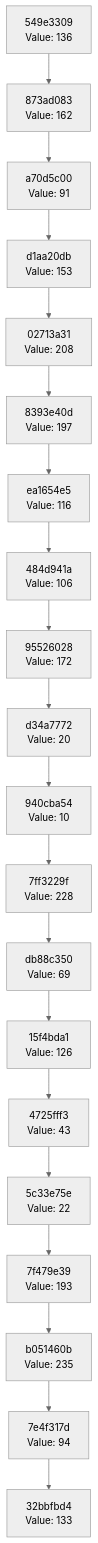
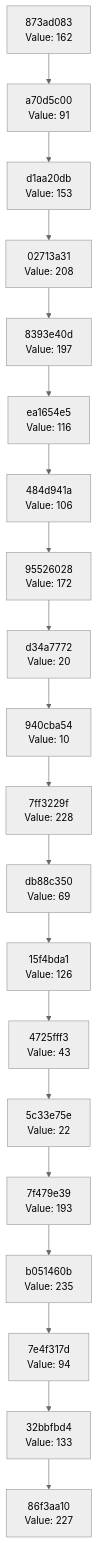
The diagram in docs/CHAIN_VISUALIZATION.md (Abhisheksinha1506/hash-chain-evolver), drawn with Mermaid (neutral theme) before and after one commit. The commit also changed 2 other files, not shown here.

Commit message:
Evolution step: hash 0xE3 → action executed

````diff
--- a/docs/CHAIN_VISUALIZATION.md
+++ b/docs/CHAIN_VISUALIZATION.md
@@ -3,42 +3,42 @@
 ```mermaid
 graph TD
-    C0["32bbfbd4<br/>Value: 133"]
-    C1["7e4f317d<br/>Value: 94"]
+    C0["86f3aa10<br/>Value: 227"]
+    C1["32bbfbd4<br/>Value: 133"]
     C1 --> C0
-    C2["b051460b<br/>Value: 235"]
+    C2["7e4f317d<br/>Value: 94"]
     C2 --> C1
-    C3["7f479e39<br/>Value: 193"]
+    C3["b051460b<br/>Value: 235"]
     C3 --> C2
-    C4["5c33e75e<br/>Value: 22"]
+    C4["7f479e39<br/>Value: 193"]
     C4 --> C3
-    C5["4725fff3<br/>Value: 43"]
+    C5["5c33e75e<br/>Value: 22"]
     C5 --> C4
-    C6["15f4bda1<br/>Value: 126"]
+    C6["4725fff3<br/>Value: 43"]
     C6 --> C5
-    C7["db88c350<br/>Value: 69"]
+    C7["15f4bda1<br/>Value: 126"]
     C7 --> C6
-    C8["7ff3229f<br/>Value: 228"]
+    C8["db88c350<br/>Value: 69"]
     C8 --> C7
-    C9["940cba54<br/>Value: 10"]
+    C9["7ff3229f<br/>Value: 228"]
     C9 --> C8
-    C10["d34a7772<br/>Value: 20"]
+    C10["940cba54<br/>Value: 10"]
     C10 --> C9
-    C11["95526028<br/>Value: 172"]
+    C11["d34a7772<br/>Value: 20"]
     C11 --> C10
-    C12["484d941a<br/>Value: 106"]
+    C12["95526028<br/>Value: 172"]
     C12 --> C11
-    C13["ea1654e5<br/>Value: 116"]
+    C13["484d941a<br/>Value: 106"]
     C13 --> C12
-    C14["8393e40d<br/>Value: 197"]
+    C14["ea1654e5<br/>Value: 116"]
     C14 --> C13
-    C15["02713a31<br/>Value: 208"]
+    C15["8393e40d<br/>Value: 197"]
     C15 --> C14
-    C16["d1aa20db<br/>Value: 153"]
+    C16["02713a31<br/>Value: 208"]
     C16 --> C15
-    C17["a70d5c00<br/>Value: 91"]
+    C17["d1aa20db<br/>Value: 153"]
     C17 --> C16
-    C18["873ad083<br/>Value: 162"]
+    C18["a70d5c00<br/>Value: 91"]
     C18 --> C17
-    C19["549e3309<br/>Value: 136"]
+    C19["873ad083<br/>Value: 162"]
     C19 --> C18
 ```
````
